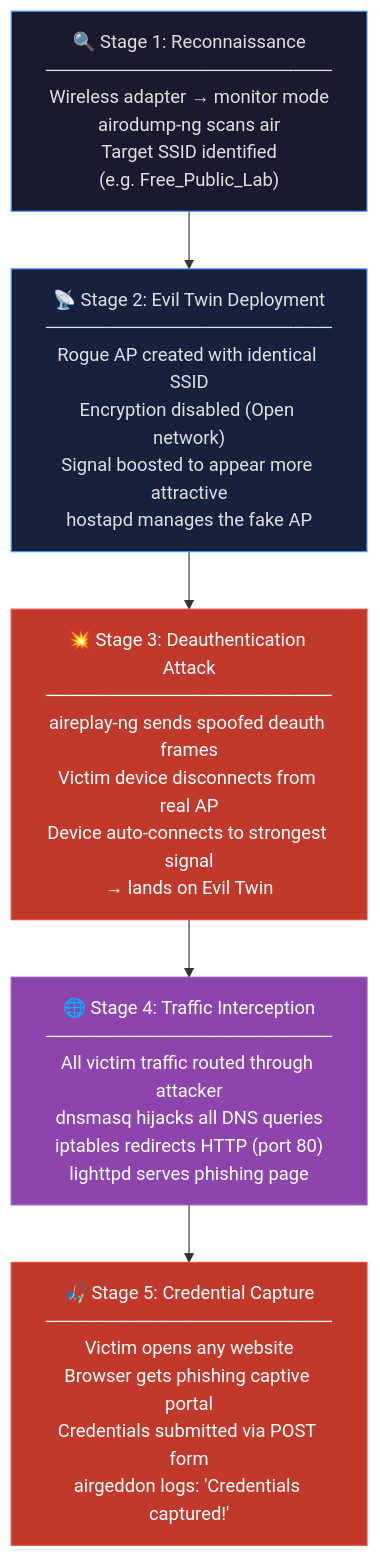
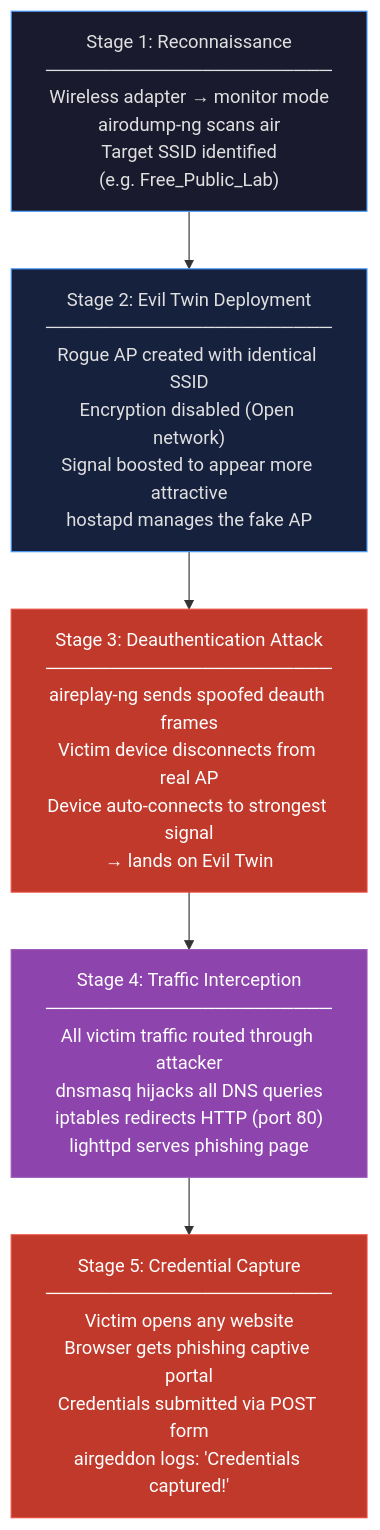
The diagram in diagrams/attack-flow.md (NovaCode37/eviltwin), drawn with Mermaid before and after one commit.

````diff
--- a/diagrams/attack-flow.md
+++ b/diagrams/attack-flow.md
@@ -3,20 +3,20 @@
 ```mermaid
 flowchart TD
-    A["🔍 Stage 1: Reconnaissance\n──────────────────────\nWireless adapter → monitor mode\nairodump-ng scans air\nTarget SSID identified\n(e.g. Free_Public_Lab)"]
+    A["Stage 1: Reconnaissance\n──────────────────────\nWireless adapter → monitor mode\nairodump-ng scans air\nTarget SSID identified\n(e.g. Free_Public_Lab)"]
 
-    B["📡 Stage 2: Evil Twin Deployment\n──────────────────────\nRogue AP created with identical SSID\nEncryption disabled (Open network)\nSignal boosted to appear more attractive\nhostapd manages the fake AP"]
+    B["Stage 2: Evil Twin Deployment\n──────────────────────\nRogue AP created with identical SSID\nEncryption disabled (Open network)\nSignal boosted to appear more attractive\nhostapd manages the fake AP"]
 
-    C["💥 Stage 3: Deauthentication Attack\n──────────────────────\naireplay-ng sends spoofed deauth frames\nVictim device disconnects from real AP\nDevice auto-connects to strongest signal\n→ lands on Evil Twin"]
+    C["Stage 3: Deauthentication Attack\n──────────────────────\naireplay-ng sends spoofed deauth frames\nVictim device disconnects from real AP\nDevice auto-connects to strongest signal\n→ lands on Evil Twin"]
 
-    D["🌐 Stage 4: Traffic Interception\n──────────────────────\nAll victim traffic routed through attacker\ndnsmasq hijacks all DNS queries\niptables redirects HTTP (port 80)\nlighttpd serves phishing page"]
+    D["Stage 4: Traffic Interception\n──────────────────────\nAll victim traffic routed through attacker\ndnsmasq hijacks all DNS queries\niptables redirects HTTP (port 80)\nlighttpd serves phishing page"]
 
-    E["🎣 Stage 5: Credential Capture\n──────────────────────\nVictim opens any website\nBrowser gets phishing captive portal\nCredentials submitted via POST form\nairgeddon logs: 'Credentials captured!'"]
+    E["Stage 5: Credential Capture\n──────────────────────\nVictim opens any website\nBrowser gets phishing captive portal\nCredentials submitted via POST form\nairgeddon logs: 'Credentials captured!'"]
 
     A --> B --> C --> D --> E
 
     style A fill:#1a1a2e,color:#e0e0e0,stroke:#4a9eff
     style B fill:#16213e,color:#e0e0e0,stroke:#4a9eff
     style C fill:#c0392b,color:#ffffff,stroke:#e74c3c
     style D fill:#8e44ad,color:#ffffff,stroke:#9b59b6
     style E fill:#c0392b,color:#ffffff,stroke:#e74c3c
 ```
````
